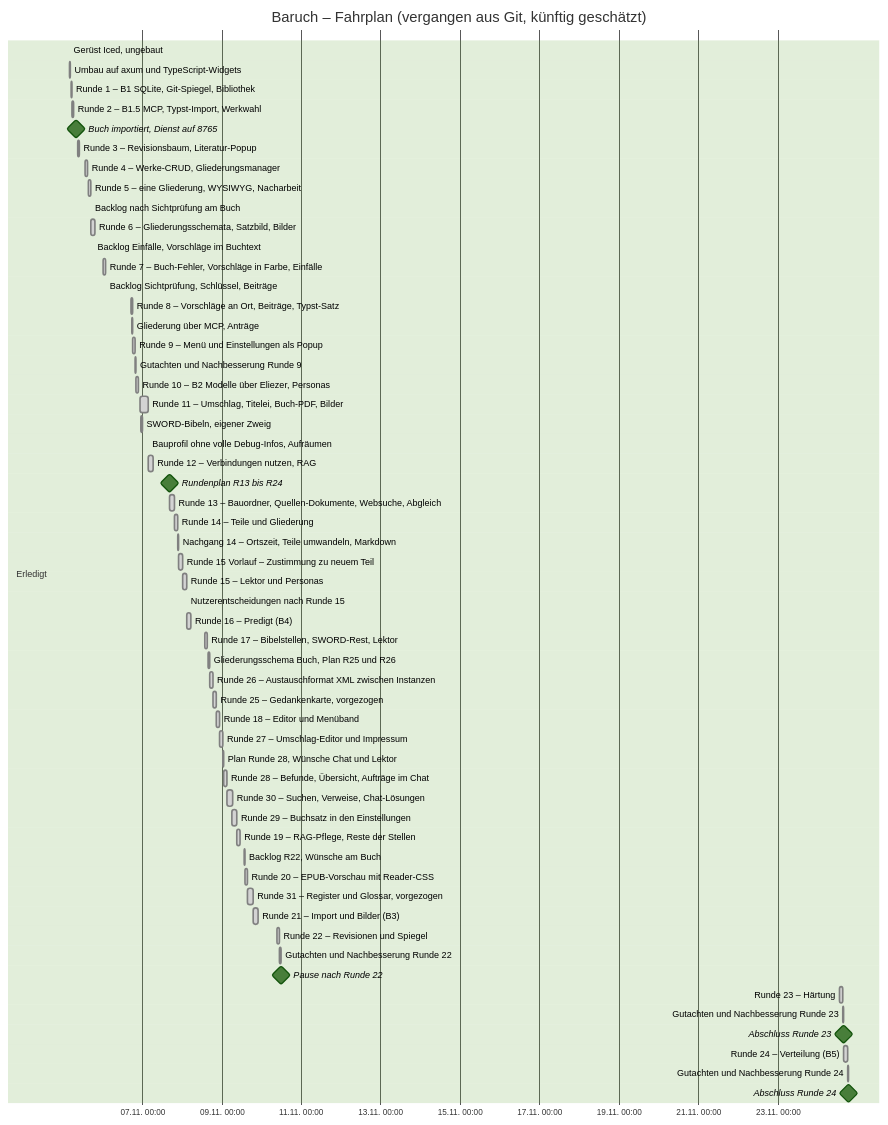
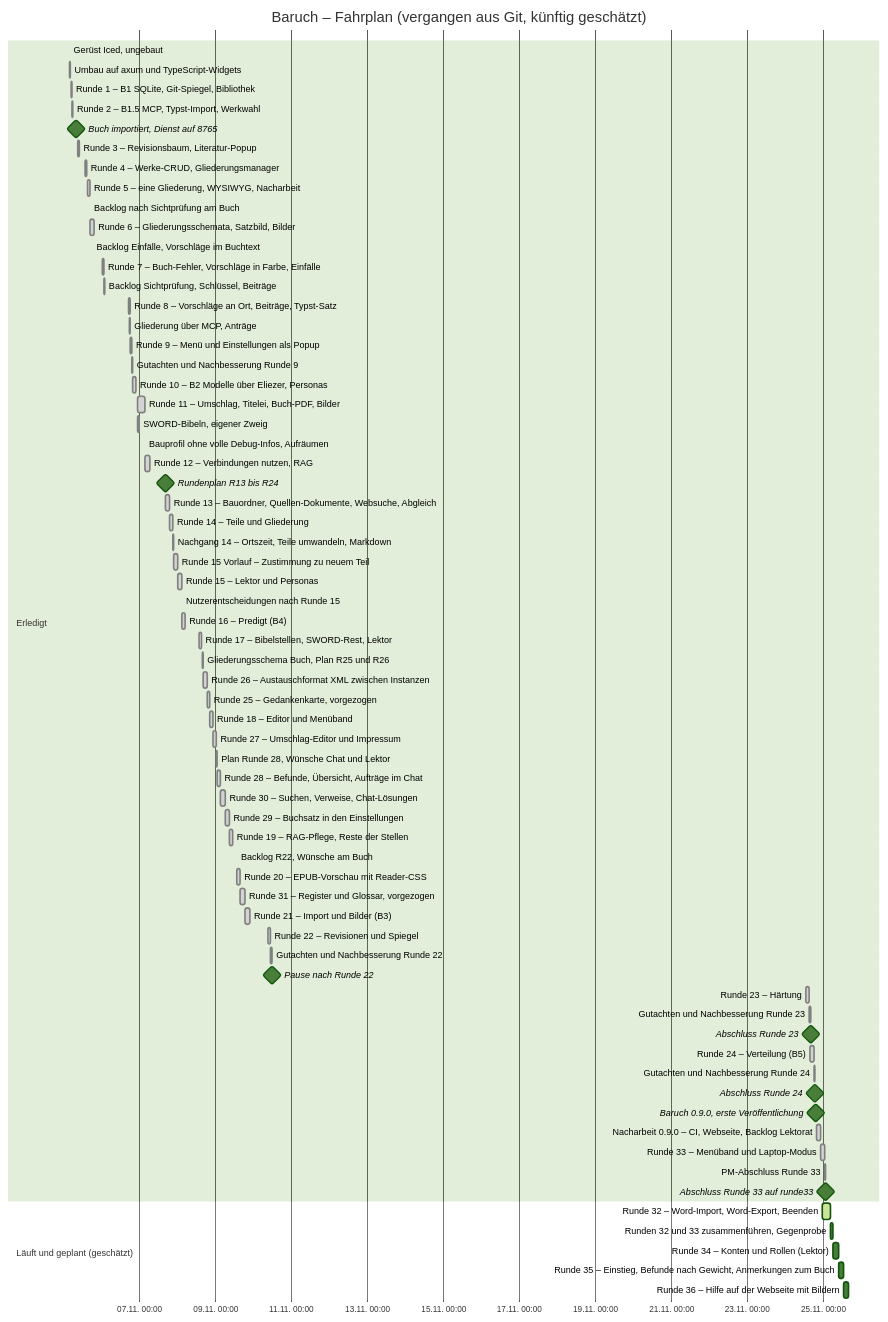
Before and after one commit to Beerlesklopfer/baruch: the diagram in docs/Fahrplan.md, drawn with Mermaid (forest theme). The commit also changed other lines of this file and 3 other files, not shown here.

Commit message:
PM-Abschluss Runde 33: Fahrplan (Runde 33, 0.9.0, Schätzung für Runde 32, Zusammenführen und Runden 34–36), Backlog und HANDOFF nachgeführt; voller Lauf nach cargo clean -p grün (3147 bestanden)

````diff
--- a/docs/Fahrplan.md
+++ b/docs/Fahrplan.md
@@ -8,64 +8,77 @@
 ```mermaid
 gantt
     title Baruch – Fahrplan (vergangen aus Git, künftig geschätzt)
     dateFormat YYYY-MM-DD HH:mm
     axisFormat %d.%m. %H:%M
 
     section Erledigt
     Gerüst Iced, ungebaut                         :done, g0, 2026-11-05 04:00, 2m
     Umbau auf axum und TypeScript-Widgets         :done, g1, 2026-11-05 04:05, 37m
     Runde 1 – B1 SQLite, Git-Spiegel, Bibliothek  :done, r1, 2026-11-05 04:51, 27m
     Runde 2 – B1.5 MCP, Typst-Import, Werkwahl    :done, r2, 2026-11-05 05:24, 54m
     Buch importiert, Dienst auf 8765              :milestone, m1, 2026-11-05 07:57, 0m
     Runde 3 – Revisionsbaum, Literatur-Popup      :done, r3, 2026-11-05 09:01, 57m
     Runde 4 – Werke-CRUD, Gliederungsmanager      :done, r4, 2026-11-05 13:39, 85m
     Runde 5 – eine Gliederung, WYSIWYG, Nacharbeit :done, r5, 2026-11-05 15:36, 66m
     Backlog nach Sichtprüfung am Buch             :done, b5, 2026-11-05 16:58, 4m
     Runde 6 – Gliederungsschemata, Satzbild, Bilder :done, r6, 2026-11-05 17:02, 148m
     Backlog Einfälle, Vorschläge im Buchtext      :done, b6, 2026-11-05 18:31, 6m
     Runde 7 – Buch-Fehler, Vorschläge in Farbe, Einfälle :done, r7, 2026-11-06 00:28, 82m
     Backlog Sichtprüfung, Schlüssel, Beiträge     :done, b7, 2026-11-06 01:49, 13m
     Runde 8 – Vorschläge an Ort, Beiträge, Typst-Satz :done, r8, 2026-11-06 17:05, 64m
     Gliederung über MCP, Anträge                  :done, r8b, 2026-11-06 17:40, 37m
     Runde 9 – Menü und Einstellungen als Popup    :done, r9, 2026-11-06 18:21, 64m
     Gutachten und Nachbesserung Runde 9           :done, r9n, 2026-11-06 19:25, 29m
     Runde 10 – B2 Modelle über Eliezer, Personas  :done, r10, 2026-11-06 19:58, 112m
     Runde 11 – Umschlag, Titelei, Buch-PDF, Bilder :done, r11, 2026-11-06 22:45, 285m
     SWORD-Bibeln, eigener Zweig                   :done, sw, 2026-11-06 23:00, 64m
     Bauprofil ohne volle Debug-Infos, Aufräumen   :done, bp, 2026-11-07 03:25, 13m
     Runde 12 – Verbindungen nutzen, RAG           :done, r12, 2026-11-07 03:38, 180m
     Rundenplan R13 bis R24                        :milestone, rp, 2026-11-07 16:41, 0m
     Runde 13 – Bauordner, Quellen-Dokumente, Websuche, Abgleich :done, r13, 2026-11-07 16:41, 165m
     Runde 14 – Teile und Gliederung               :done, r14, 2026-11-07 19:25, 110m
     Nachgang 14 – Ortszeit, Teile umwandeln, Markdown :done, n14, 2026-11-07 21:15, 30m
     Runde 15 Vorlauf – Zustimmung zu neuem Teil   :done, v15, 2026-11-07 21:43, 151m
     Runde 15 – Lektor und Personas                :done, r15, 2026-11-08 00:14, 151m
     Nutzerentscheidungen nach Runde 15            :done, e15, 2026-11-08 02:45, 22m
     Runde 16 – Predigt (B4)                       :done, r16, 2026-11-08 03:07, 125m
     Runde 17 – Bibelstellen, SWORD-Rest, Lektor   :done, r17, 2026-11-08 13:35, 105m
     Gliederungsschema Buch, Plan R25 und R26      :done, pl26, 2026-11-08 15:57, 40m
     Runde 26 – Austauschformat XML zwischen Instanzen :done, r26, 2026-11-08 16:37, 133m
     Runde 25 – Gedankenkarte, vorgezogen          :done, r25, 2026-11-08 18:48, 107m
     Runde 18 – Editor und Menüband                :done, r18, 2026-11-08 20:35, 135m
     Runde 27 – Umschlag-Editor und Impressum      :done, r27, 2026-11-08 22:40, 125m
     Plan Runde 28, Wünsche Chat und Lektor        :done, pl28, 2026-11-09 00:45, 14m
     Runde 28 – Befunde, Übersicht, Aufträge im Chat :done, r28, 2026-11-09 00:59, 140m
     Runde 30 – Suchen, Verweise, Chat-Lösungen    :done, r30, 2026-11-09 03:09, 205m
     Runde 29 – Buchsatz in den Einstellungen      :done, r29, 2026-11-09 06:16, 158m
     Runde 19 – RAG-Pflege, Reste der Stellen      :done, r19, 2026-11-09 08:54, 146m
     Backlog R22, Wünsche am Buch                  :done, b20, 2026-11-09 13:40, 15m
     Runde 20 – EPUB-Vorschau mit Reader-CSS       :done, r20, 2026-11-09 13:55, 110m
     Runde 31 – Register und Glossar, vorgezogen   :done, r31, 2026-11-09 15:46, 195m
     Runde 21 – Import und Bilder (B3)             :done, r21, 2026-11-09 18:58, 172m
     Runde 22 – Revisionen und Spiegel             :done, r22, 2026-11-10 09:19, 98m
     Gutachten und Nachbesserung Runde 22          :done, r22n, 2026-11-10 10:57, 58m
     Pause nach Runde 22                           :milestone, pz, 2026-11-10 11:55, 0m
 
     Runde 23 – Härtung                            :done, r23, 2026-11-24 13:19, 114m
     Gutachten und Nachbesserung Runde 23          :done, r23n, 2026-11-24 15:13, 47m
     Abschluss Runde 23                            :milestone, m23, 2026-11-24 16:00, 0m
 
     Runde 24 – Verteilung (B5)                    :done, r24, 2026-11-24 15:57, 131m
     Gutachten und Nachbesserung Runde 24          :done, r24n, 2026-11-24 18:08, 31m
     Abschluss Runde 24                            :milestone, m24, 2026-11-24 18:50, 0m
+    Baruch 0.9.0, erste Veröffentlichung          :milestone, v090, 2026-11-24 19:10, 0m
+    Nacharbeit 0.9.0 – CI, Webseite, Backlog Lektorat :done, n090, 2026-11-24 19:44, 176m
+
+    Runde 33 – Menüband und Laptop-Modus          :done, r33, 2026-11-24 22:40, 154m
+    PM-Abschluss Runde 33                         :done, r33p, 2026-11-25 01:14, 16m
+    Abschluss Runde 33 auf runde33                :milestone, m33, 2026-11-25 01:30, 0m
+
+    section Läuft und geplant (geschätzt)
+    Runde 32 – Word-Import, Word-Export, Beenden  :active, r32, 2026-11-24 23:35, 300m
+    Runden 32 und 33 zusammenführen, Gegenprobe   :r3233, after r32, 90m
+    Runde 34 – Konten und Rollen (Lektor)         :r34, after r3233, 240m
+    Runde 35 – Einstieg, Befunde nach Gewicht, Anmerkungen zum Buch :r35, after r34, 180m
+    Runde 36 – Hilfe auf der Webseite mit Bildern :r36, after r35, 180m
 ```
````
